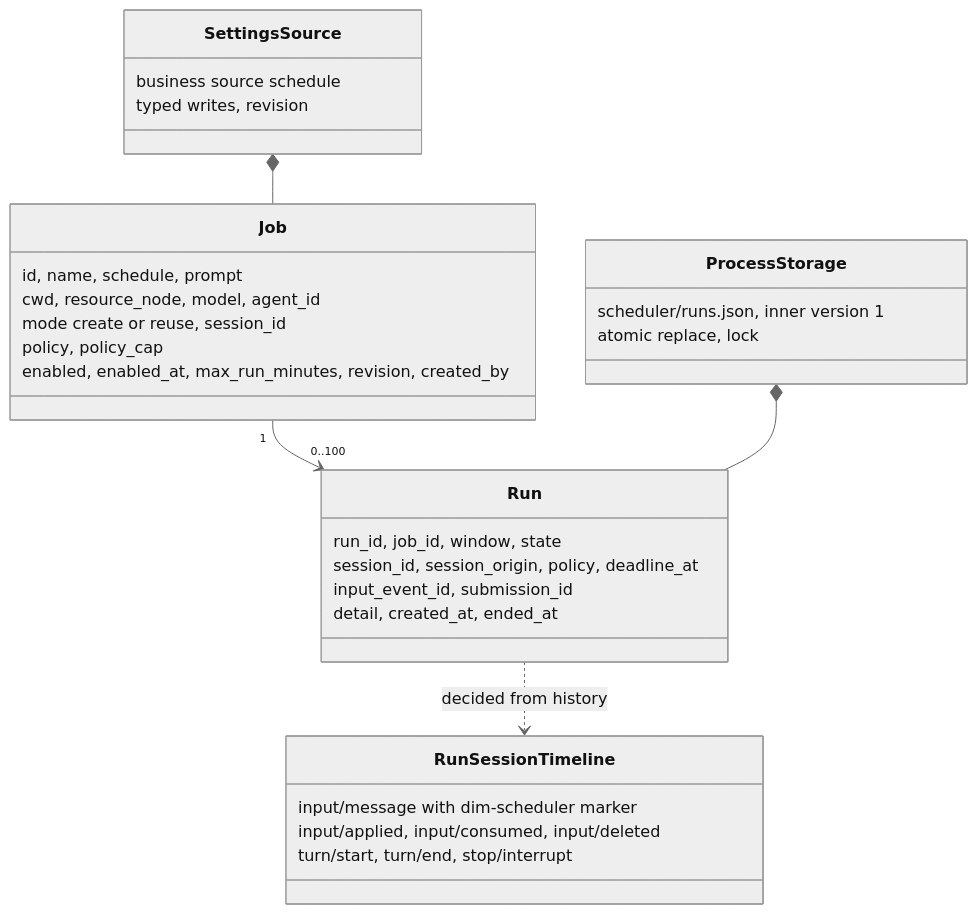
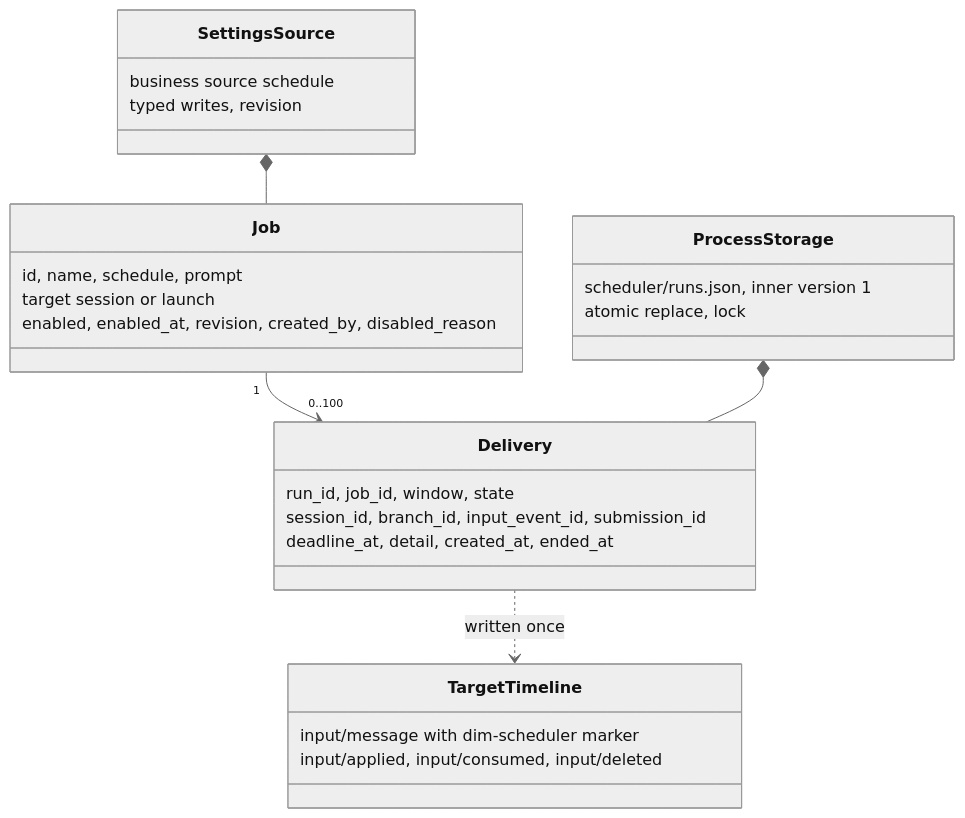
One commit to CoutinhoTTS/dim-agent changed the second of 5 diagrams in docs/design/plugins/Scheduler.md. Above: the diagram before and after it, drawn with Mermaid (neutral theme). The commit also changed other lines of this file and 5 other files, not shown here.

First line of the commit message:
docs(scheduler): deliver a scheduled job to the branch that saved it

````diff
--- a/docs/design/plugins/Scheduler.md
+++ b/docs/design/plugins/Scheduler.md
@@ -161,33 +124,29 @@
 ```mermaid
 classDiagram
   class Job {
     id, name, schedule, prompt
-    cwd, resource_node, model, agent_id
-    mode create or reuse, session_id
-    policy, policy_cap
-    enabled, enabled_at, max_run_minutes, revision, created_by
+    target session or launch
+    enabled, enabled_at, revision, created_by, disabled_reason
   }
-  class Run {
+  class Delivery {
     run_id, job_id, window, state
-    session_id, session_origin, policy, deadline_at
-    input_event_id, submission_id
-    detail, created_at, ended_at
+    session_id, branch_id, input_event_id, submission_id
+    deadline_at, detail, created_at, ended_at
   }
   class SettingsSource {
     business source schedule
     typed writes, revision
   }
   class ProcessStorage {
     scheduler/runs.json, inner version 1
     atomic replace, lock
   }
-  class RunSessionTimeline {
+  class TargetTimeline {
     input/message with dim-scheduler marker
     input/applied, input/consumed, input/deleted
-    turn/start, turn/end, stop/interrupt
   }
-  Job "1" --> "0..100" Run
+  Job "1" --> "0..100" Delivery
   SettingsSource *-- Job
-  ProcessStorage *-- Run
-  Run ..> RunSessionTimeline : decided from history
+  ProcessStorage *-- Delivery
+  Delivery ..> TargetTimeline : written once
 ```
````
